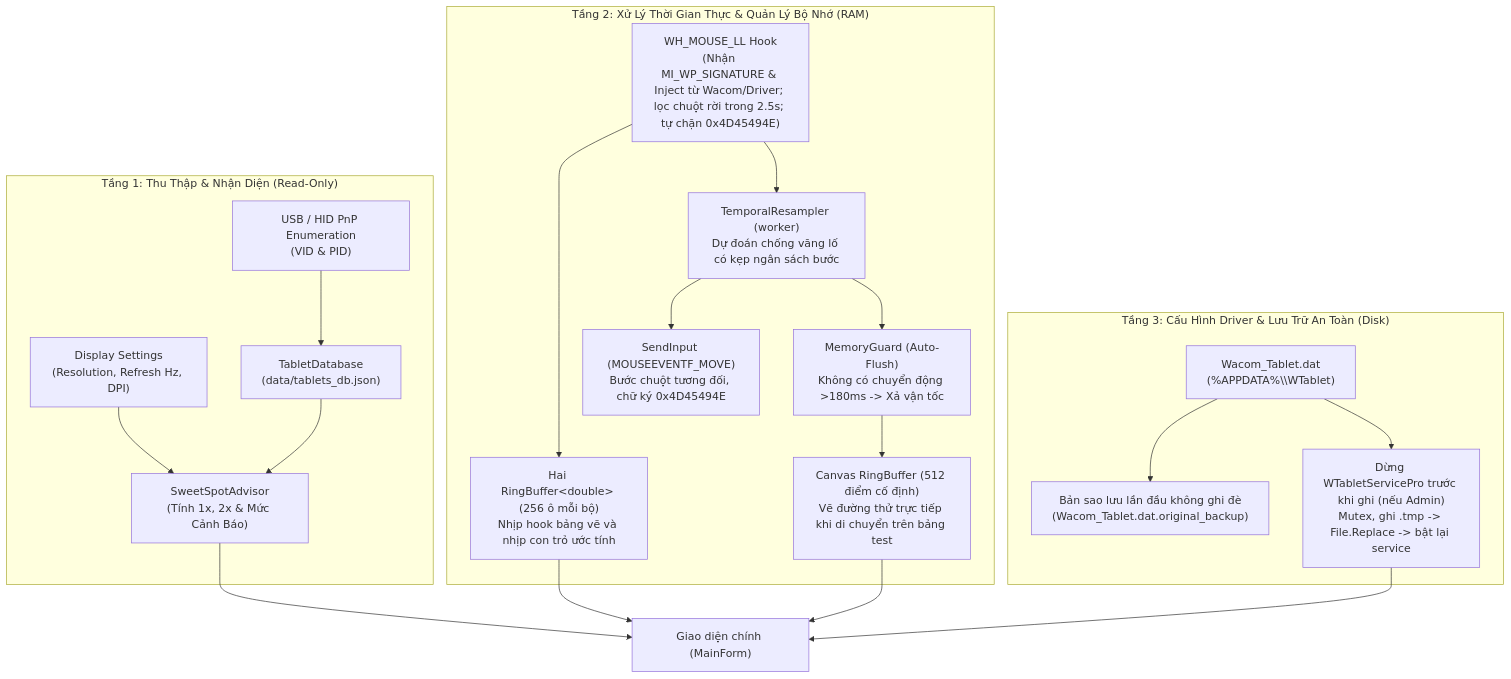
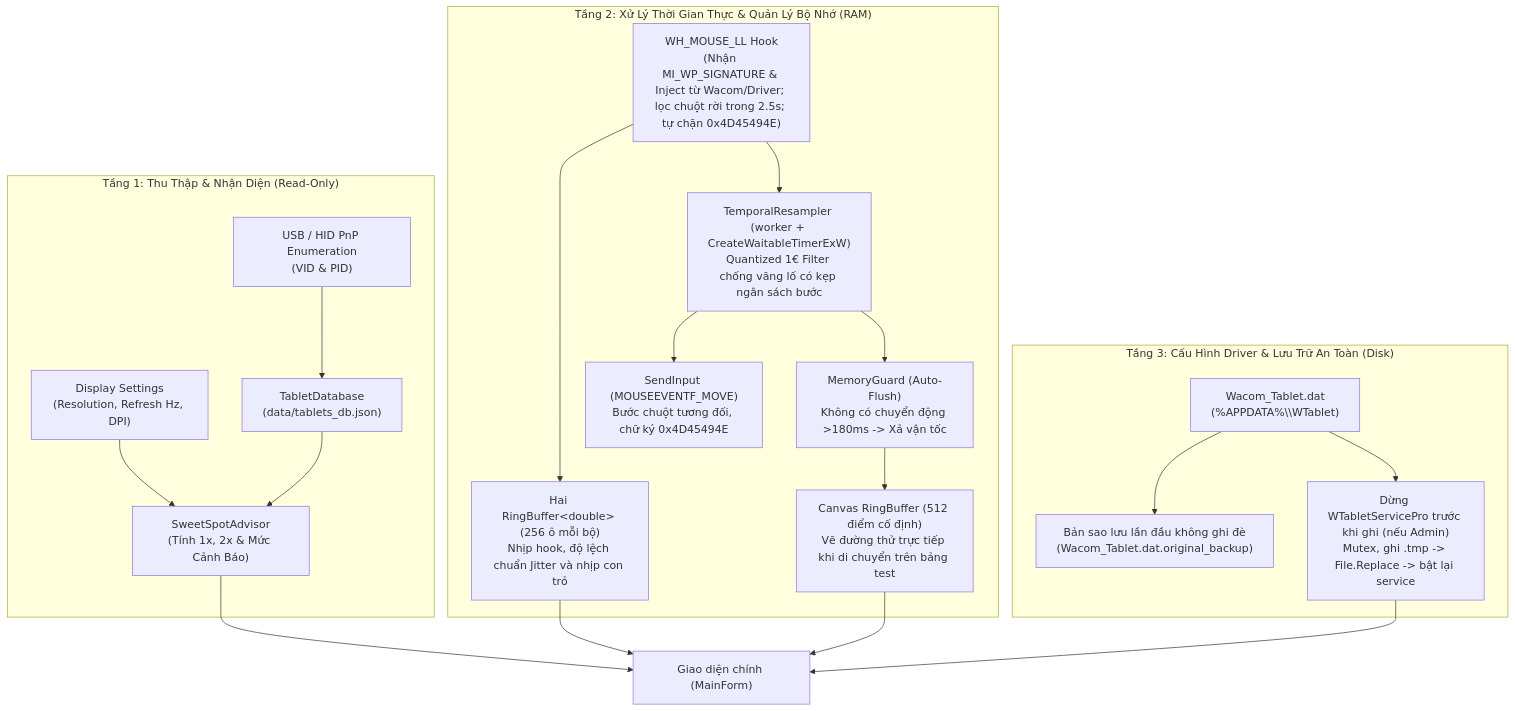
Before and after one commit to Elainabaka/meinya-tablet-booster: the second of 2 diagrams in MINDMAP.md, drawn with Mermaid. The commit also changed 4 other files, not shown here.

Commit message:
Add high-res timer, quantized 1-Euro filter, jitter telemetry, and two-tone canvas

````diff
--- a/MINDMAP.md
+++ b/MINDMAP.md
@@ -49,26 +49,26 @@
 ```mermaid
 flowchart TD
     subgraph T1["Tầng 1: Thu Thập & Nhận Diện (Read-Only)"]
         A1["USB / HID PnP Enumeration<br/>(VID & PID)"] --> B1["TabletDatabase<br/>(data/tablets_db.json)"]
         A2["Display Settings<br/>(Resolution, Refresh Hz, DPI)"] --> B2["SweetSpotAdvisor<br/>(Tính 1x, 2x & Mức Cảnh Báo)"]
         B1 --> B2
     end
 
     subgraph T2["Tầng 2: Xử Lý Thời Gian Thực & Quản Lý Bộ Nhớ (RAM)"]
-        C1["WH_MOUSE_LL Hook<br/>(Nhận MI_WP_SIGNATURE & Inject từ Wacom/Driver; lọc chuột rời trong 2.5s; tự chặn 0x4D45494E)"] --> C2["Hai RingBuffer&lt;double&gt; (256 ô mỗi bộ)<br/>Nhịp hook bảng vẽ và nhịp con trỏ ước tính"]
-        C1 --> C3["TemporalResampler (worker)<br/>Dự đoán chống văng lố có kẹp ngân sách bước"]
+        C1["WH_MOUSE_LL Hook<br/>(Nhận MI_WP_SIGNATURE & Inject từ Wacom/Driver; lọc chuột rời trong 2.5s; tự chặn 0x4D45494E)"] --> C2["Hai RingBuffer&lt;double&gt; (256 ô mỗi bộ)<br/>Nhịp hook, độ lệch chuẩn Jitter và nhịp con trỏ"]
+        C1 --> C3["TemporalResampler (worker + CreateWaitableTimerExW)<br/>Quantized 1€ Filter chống văng lố có kẹp ngân sách bước"]
         C3 --> C4["MemoryGuard (Auto-Flush)<br/>Không có chuyển động >180ms -> Xả vận tốc"]
         C3 --> C5["SendInput (MOUSEEVENTF_MOVE)<br/>Bước chuột tương đối, chữ ký 0x4D45494E"]
         C4 --> C6["Canvas RingBuffer (512 điểm cố định)<br/>Vẽ đường thử trực tiếp khi di chuyển trên bảng test"]
     end
 
     subgraph T3["Tầng 3: Cấu Hình Driver & Lưu Trữ An Toàn (Disk)"]
         D1["Wacom_Tablet.dat<br/>(%APPDATA%\\WTablet)"] --> D2["Bản sao lưu lần đầu không ghi đè<br/>(Wacom_Tablet.dat.original_backup)"]
         D1 --> D3["Dừng WTabletServicePro trước khi ghi (nếu Admin)<br/>Mutex, ghi .tmp -> File.Replace -> bật lại service"]
     end
 
     B2 --> UI["Giao diện chính (MainForm)"]
     C2 --> UI
     C6 --> UI
     D3 --> UI
 ```
````
